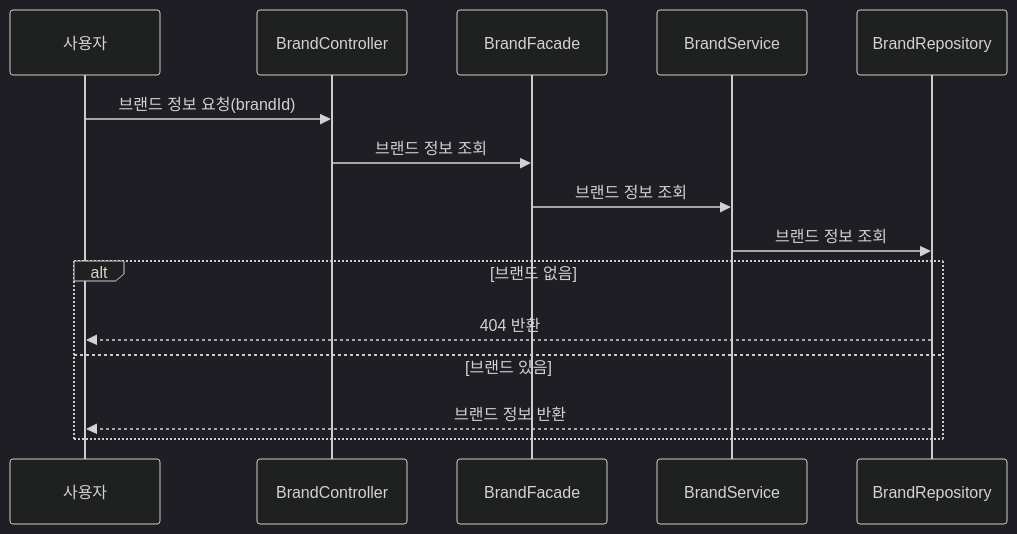
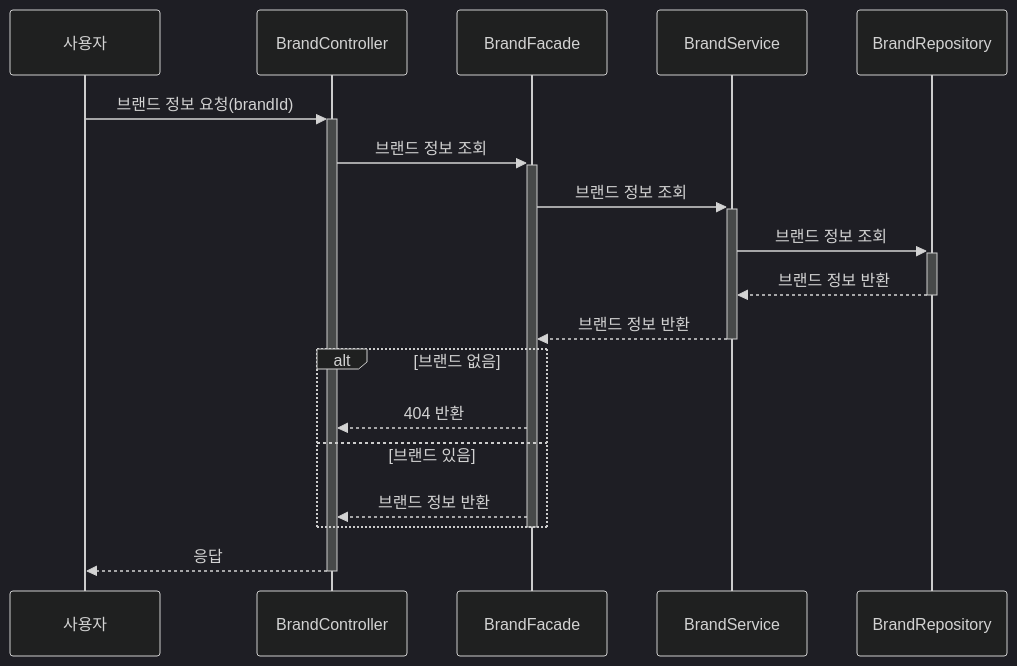
The third of 7 diagrams in .docs/02-sequence-diagrams.md (donghyeon3813/vibe-commerce), drawn with Mermaid (dark theme) before and after one commit. The commit also changed other lines of this file, not shown here.

Commit message:
fix : sequence-diagrams activation 일부 추가

````diff
--- a/.docs/02-sequence-diagrams.md
+++ b/.docs/02-sequence-diagrams.md
@@ -63,18 +70,22 @@
 ```mermaid
 sequenceDiagram
 participant 사용자
 participant BC as BrandController
 participant BF as BrandFacade
 participant BS as BrandService
 participant BR as BrandRepository
 
-    사용자->>BC: 브랜드 정보 요청(brandId)
-    BC->>BF: 브랜드 정보 조회
-    BF->>BS: 브랜드 정보 조회
-    BS->>BR: 브랜드 정보 조회
+    사용자->>+BC: 브랜드 정보 요청(brandId)
+    BC->>+BF: 브랜드 정보 조회
+    BF->>+BS: 브랜드 정보 조회
+    BS->>+BR: 브랜드 정보 조회
+    BR-->>-BS: 브랜드 정보 반환
+    BS-->>-BF: 브랜드 정보 반환
     alt 브랜드 없음
-    BR-->>사용자: 404 반환
+        BF-->>BC: 404 반환
     else 브랜드 있음
-        BR-->>사용자: 브랜드 정보 반환
+        BF-->>BC: 브랜드 정보 반환
     end
+    deactivate BF
+    BC-->>-사용자: 응답
 ```
````
